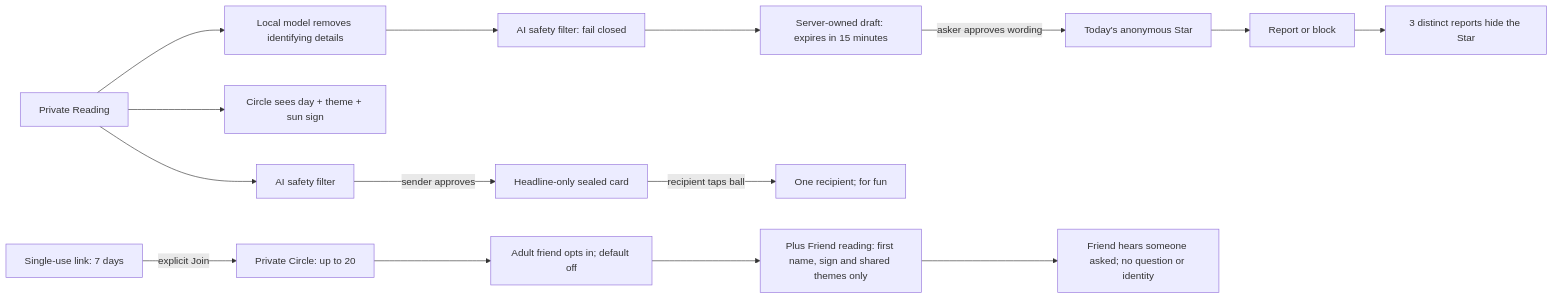
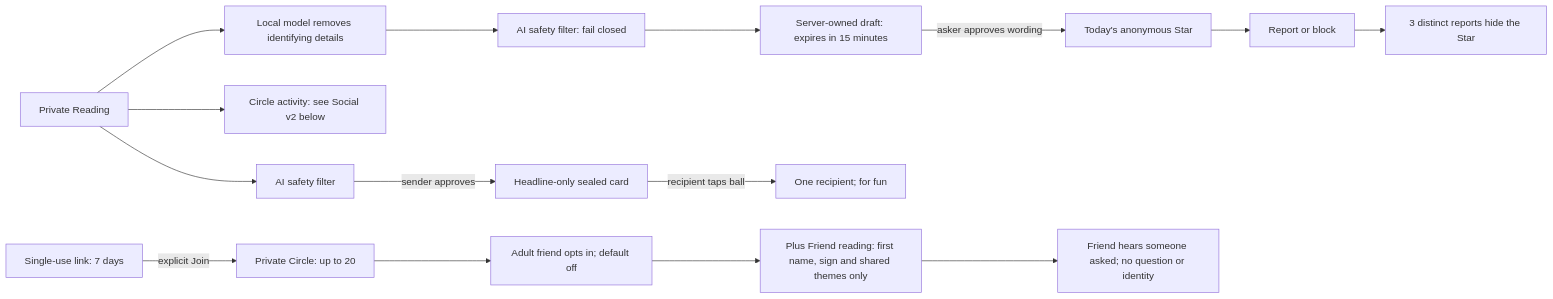
Before and after one commit to janustsen/crystal-ball: the diagram in docs/social/model.md, drawn with Mermaid. The commit also changed other lines of this file and 73 other files, not shown here.

````diff
--- a/docs/social/model.md
+++ b/docs/social/model.md
@@ -5,17 +5,17 @@
 ```mermaid
 flowchart LR
   Reading[Private Reading] --> Rewrite[Local model removes identifying details]
   Rewrite --> Filter[AI safety filter: fail closed]
   Filter --> Draft[Server-owned draft: expires in 15 minutes]
   Draft -->|asker approves wording| Sky[Today's anonymous Star]
   Sky --> Report[Report or block]
   Report --> Hide[3 distinct reports hide the Star]
-  Reading --> Activity[Circle sees day + theme + sun sign]
+  Reading --> Activity[Circle activity: see Social v2 below]
   Invite[Single-use link: 7 days] -->|explicit Join| Circle[Private Circle: up to 20]
   Circle --> Consent[Adult friend opts in; default off]
   Consent --> Friend[Plus Friend reading: first name, sign and shared themes only]
   Friend --> Notice[Friend hears someone asked; no question or identity]
   Reading --> SealFilter[AI safety filter]
   SealFilter -->|sender approves| Seal[Headline-only sealed card]
   Seal -->|recipient taps ball| Open[One recipient; for fun]
 ```
````
